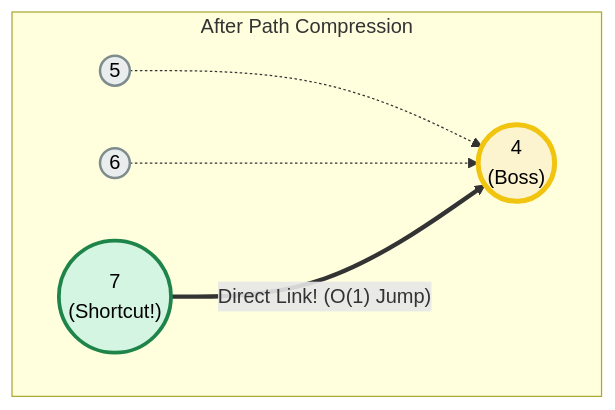
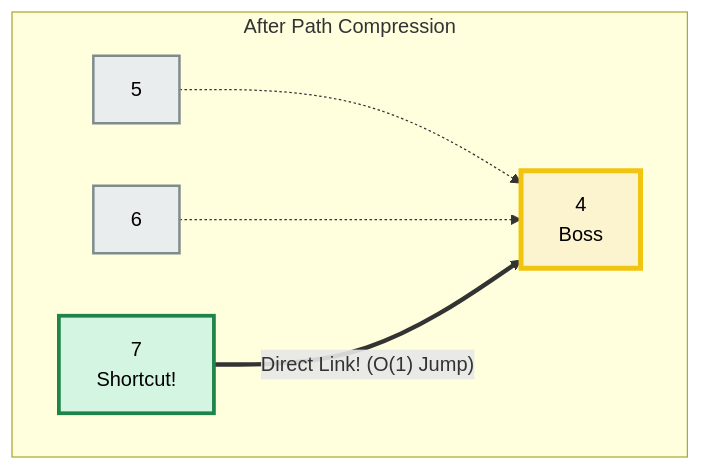
Before and after one commit to muntasir24/DSA_Practice: diagram 20 of 36 in Graph/DSU_README.md, drawn with Mermaid. The commit also changed other lines of this file, not shown here.

````diff
--- a/Graph/DSU_README.md
+++ b/Graph/DSU_README.md
@@ -828,17 +828,17 @@
 ```mermaid
 graph TD
     subgraph After_Path_Compression ["After Path Compression"]
-        4(("4<br>(Boss)")):::superBoss
-        5(("5")):::midBoss
-        6(("6")):::midBoss
-        7(("7<br>(Shortcut!)")):::savedState
+        4["4<br>Boss"]:::superBoss
+        5["5"]:::midBoss
+        6["6"]:::midBoss
+        7["7<br>Shortcut!"]:::savedState
         
         5 -.-> 4
         6 -.-> 4
         7 == "Direct Link! (O(1) Jump)" ==> 4
     end
 
     classDef superBoss fill:#FCF3CF,stroke:#F1C40F,stroke-width:4px,color:#000000;
     classDef midBoss fill:#EAEDED,stroke:#7F8C8D,stroke-width:2px,color:#000000;
     classDef savedState fill:#D5F5E3,stroke:#1E8449,stroke-width:3px,color:#000000;
 ```
````
